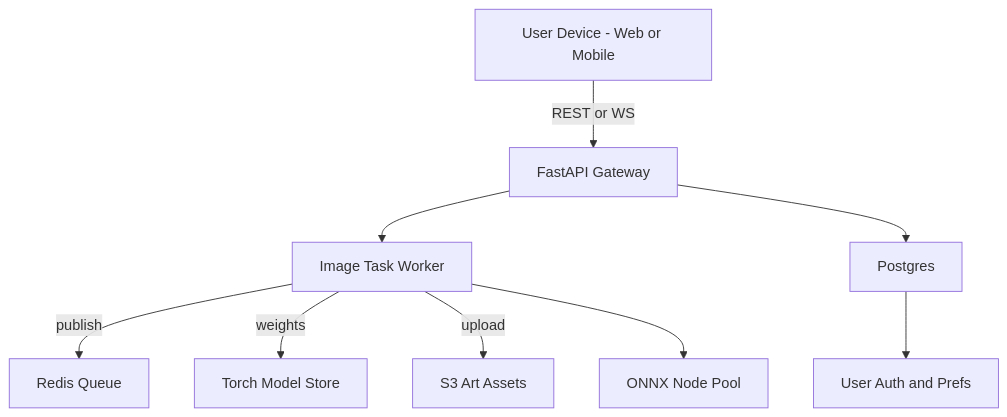
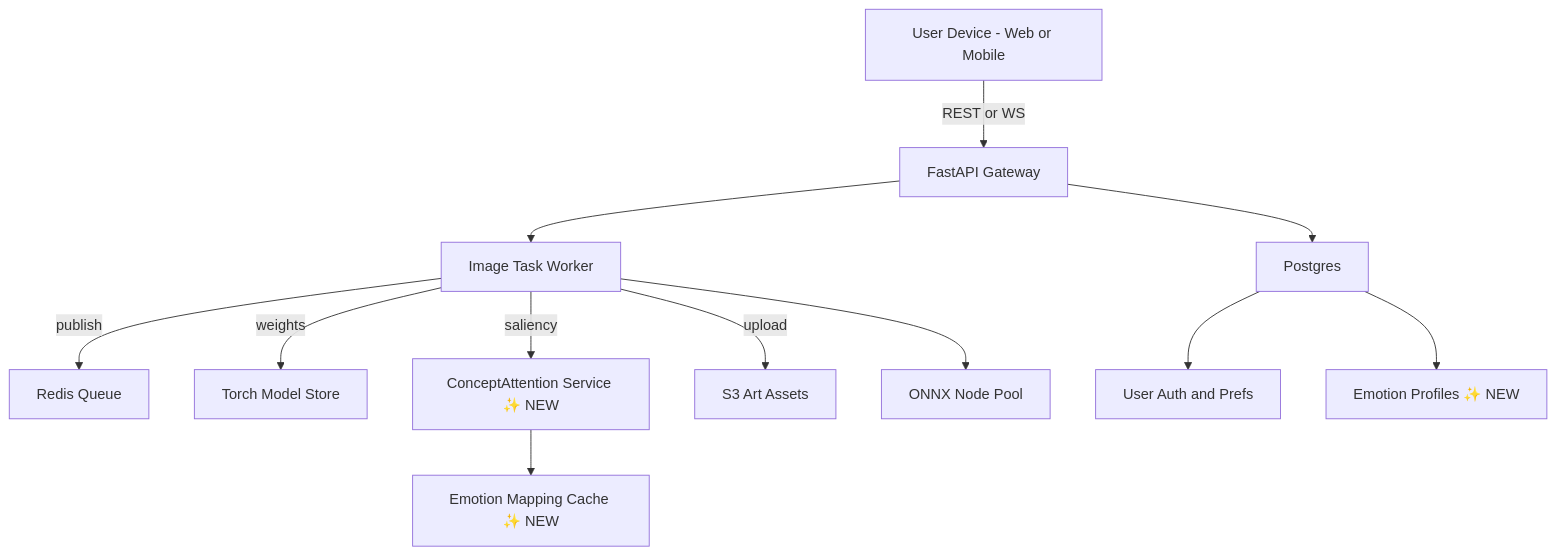
The first of 2 diagrams in markdown/Tech_Stack.md (ArtiTech-Stage1/Artitech-Stage1), drawn with Mermaid before and after one commit. The commit also changed other lines of this file and 7 other files, not shown here.

````diff
--- a/markdown/Tech_Stack.md
+++ b/markdown/Tech_Stack.md
@@ -7,11 +7,14 @@
 ```mermaid
 flowchart TD
   A[User Device - Web or Mobile] -->|REST or WS| B[FastAPI Gateway]
   B --> C[Image Task Worker]
   C -->|publish| D[Redis Queue]
   C -->|weights| E[Torch Model Store]
-  C -->|upload| F[S3 Art Assets]
-  B --> G[Postgres]
-  G --> H[User Auth and Prefs]
-  C --> I[ONNX Node Pool]
+  C -->|saliency| F[ConceptAttention Service ✨ NEW]
+  C -->|upload| G[S3 Art Assets]
+  B --> H[Postgres]
+  H --> I[User Auth and Prefs]
+  H --> J[Emotion Profiles ✨ NEW]
+  C --> K[ONNX Node Pool]
+  F --> L[Emotion Mapping Cache ✨ NEW]
 ```
````
